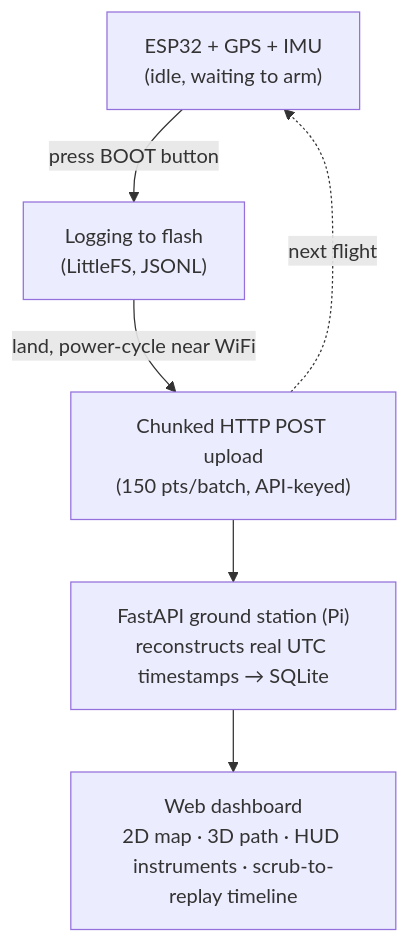
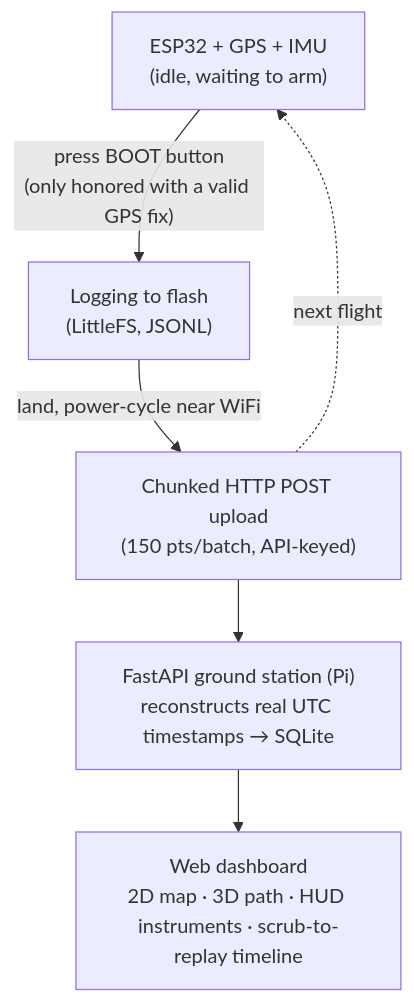
Before and after one commit to BenHoldcraft542/Drone-Flight-Logger: the diagram in README.md, drawn with Mermaid. The commit also changed other lines of this file and 1 other file, not shown here.

````diff
--- a/README.md
+++ b/README.md
@@ -31,8 +32,8 @@
 ```mermaid
 flowchart TD
-    A["ESP32 + GPS + IMU<br/>(idle, waiting to arm)"] -->|"press BOOT button"| B["Logging to flash<br/>(LittleFS, JSONL)"]
+    A["ESP32 + GPS + IMU<br/>(idle, waiting to arm)"] -->|"press BOOT button<br/>(only honored with a valid GPS fix)"| B["Logging to flash<br/>(LittleFS, JSONL)"]
     B -->|"land, power-cycle near WiFi"| C["Chunked HTTP POST upload<br/>(150 pts/batch, API-keyed)"]
     C --> D["FastAPI ground station (Pi)<br/>reconstructs real UTC timestamps → SQLite"]
     D --> E["Web dashboard<br/>2D map · 3D path · HUD instruments · scrub-to-replay timeline"]
     C -.->|"next flight"| A
 ```
````
